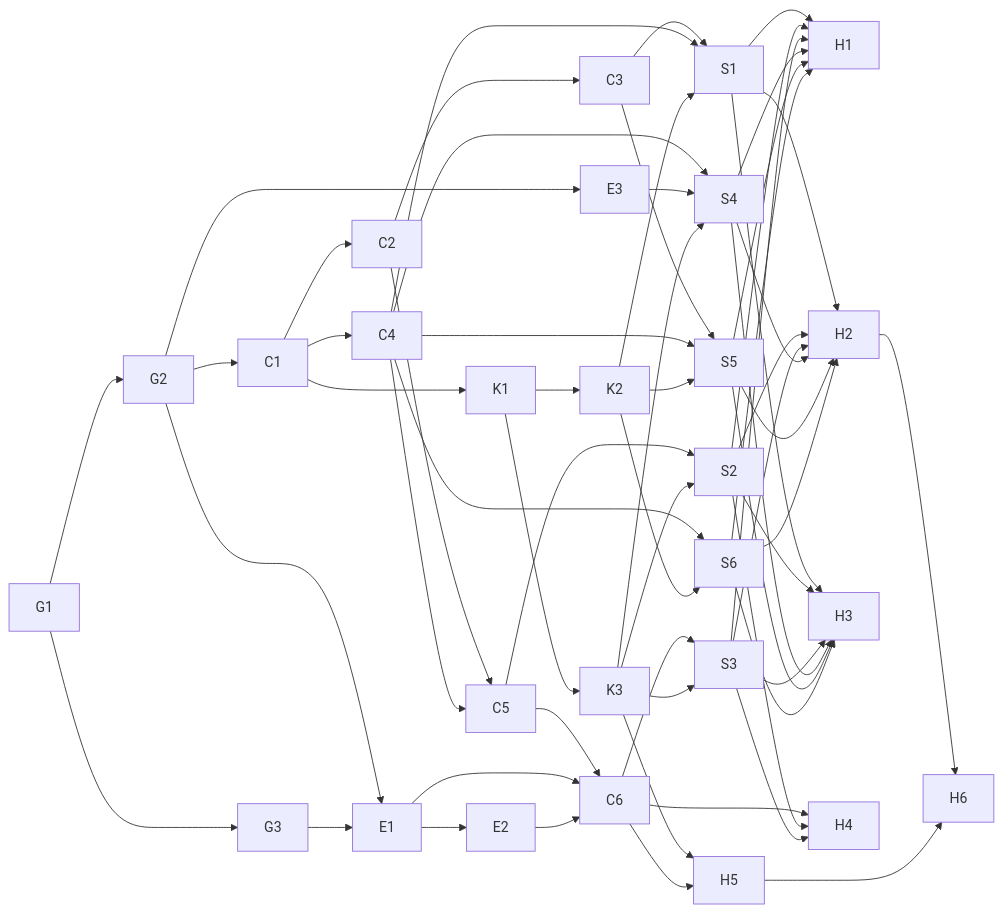
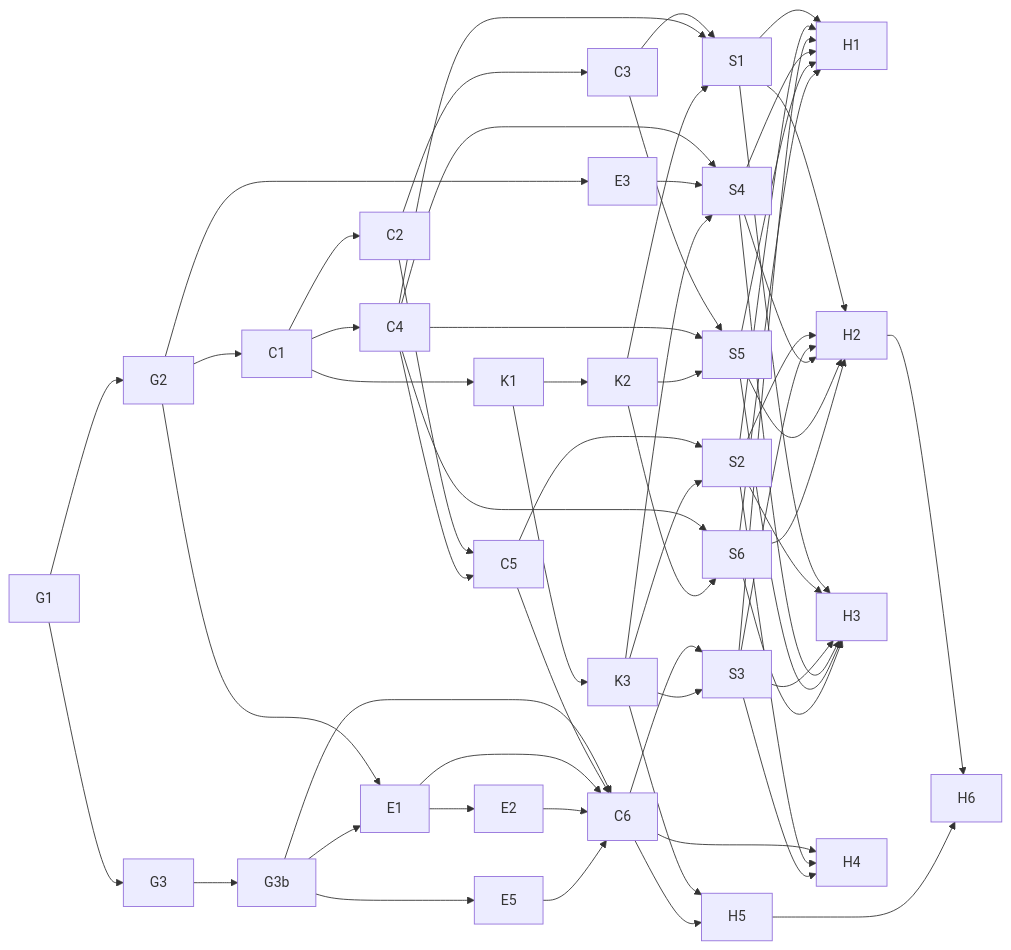
The diagram in docs/desktop/spec/tasks.md (thisizmsk-png/vajra), drawn with Mermaid before and after one commit. The commit also changed other lines of this file and 3 other files, not shown here.

````diff
--- a/docs/desktop/spec/tasks.md
+++ b/docs/desktop/spec/tasks.md
@@ -97,19 +99,21 @@
 ```mermaid
 graph LR
   G1 --> G2 --> E3 & E1 & C1
-  G1 --> G3 --> E1 --> E2
+  G1 --> G3 --> G3b --> E1 --> E2
+  G3b --> C6
   C1 --> C2 & C4 & K1
   C2 --> C3
   C2 & C4 --> C5
-  C5 & E1 & E2 --> C6
+  C5 & E1 & E2 & E5 --> C6
+  G3b --> E5
   K1 --> K2 & K3
   C3 & C4 & K2 --> S1 & S5
   C4 & E3 & K3 --> S4
   C4 & K2 --> S6
   C5 & K3 --> S2
   C6 & K3 --> S3
   S1 & S2 & S3 & S4 & S5 & S6 --> H1 & H2 & H3
   C6 & S2 & S3 --> H4
   K3 & C6 --> H5
   H2 & H5 --> H6
 ```
````
